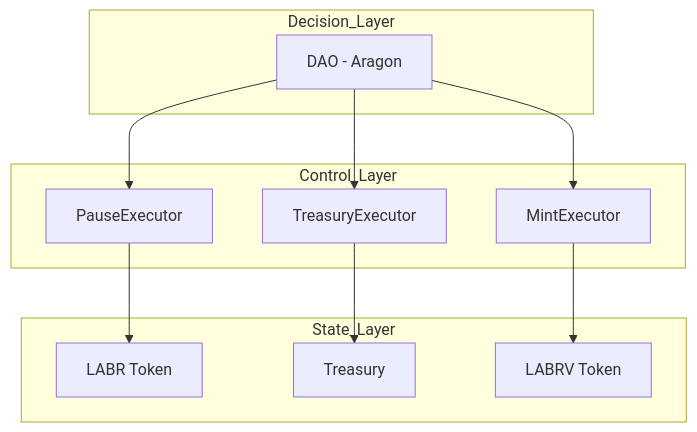
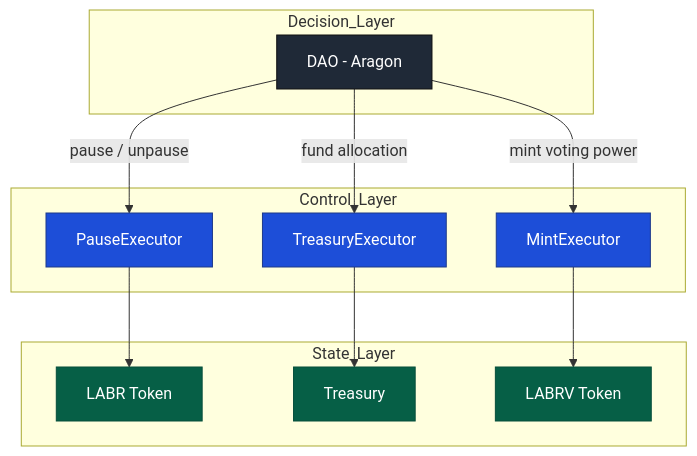
One commit to LaborCoinCreator/LaborCoin changed the second of 2 diagrams in docs/architecture-diagram.md. Above: the diagram before and after it, drawn with Mermaid. The commit also changed other lines of this file, not shown here.

````diff
--- a/docs/architecture-diagram.md
+++ b/docs/architecture-diagram.md
@@ -22,23 +34,34 @@
 ```mermaid
 flowchart TD
 
+    %% Layers
     subgraph Decision_Layer
         DAO["DAO - Aragon"]
     end
 
     subgraph Control_Layer
         Pause[PauseExecutor]
         Treasury[TreasuryExecutor]
         Mint[MintExecutor]
     end
 
     subgraph State_Layer
         LABR[LABR Token]
         Funds[Treasury]
         LABRV[LABRV Token]
     end
 
-    DAO --> Pause --> LABR
-    DAO --> Treasury --> Funds
-    DAO --> Mint --> LABRV
+    %% Flows
+    DAO -->|pause / unpause| Pause --> LABR
+    DAO -->|fund allocation| Treasury --> Funds
+    DAO -->|mint voting power| Mint --> LABRV
+
+    %% Styling
+    classDef decision fill:#1f2937,color:#fff,stroke:#111;
+    classDef control fill:#1d4ed8,color:#fff,stroke:#1e3a8a;
+    classDef state fill:#065f46,color:#fff,stroke:#064e3b;
+
+    class DAO decision;
+    class Pause,Treasury,Mint control;
+    class LABR,Funds,LABRV state;
 ```
````
